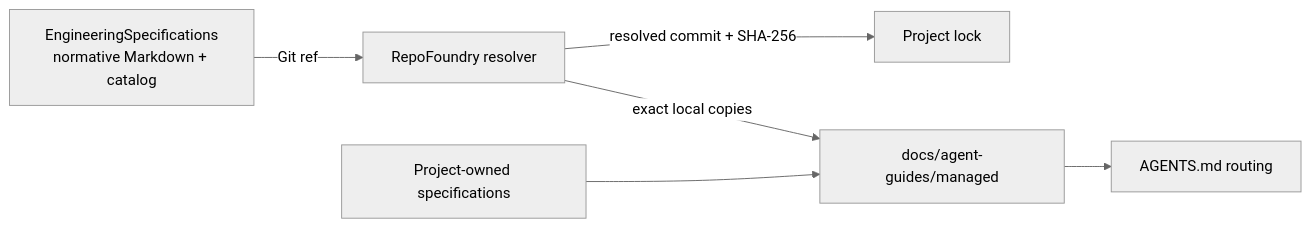
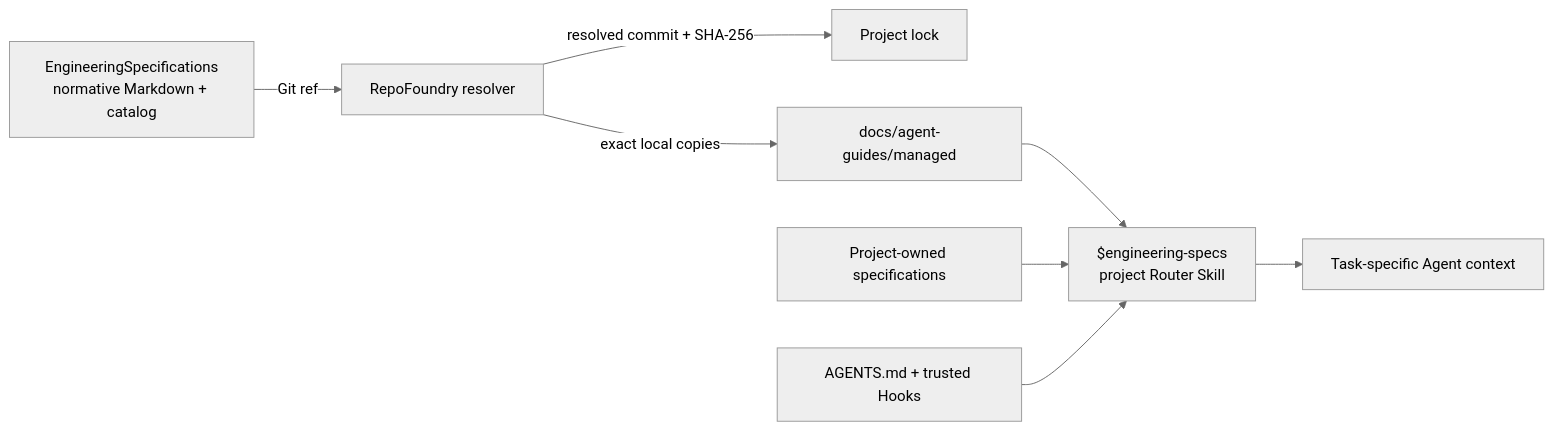
The diagram in README.md (XiaoWeiKIN/EngineeringSpecifications), drawn with Mermaid (neutral theme) before and after one commit. The commit also changed other lines of this file and 5 other files, not shown here.

Commit message:
docs: define task-time specification routing

````diff
--- a/README.md
+++ b/README.md
@@ -13,8 +13,10 @@
 ```mermaid
 flowchart LR
     S["EngineeringSpecifications<br/>normative Markdown + catalog"] -->|"Git ref"| W["RepoFoundry resolver"]
     W -->|"resolved commit + SHA-256"| L["Project lock"]
     W -->|"exact local copies"| M["docs/agent-guides/managed"]
-    P["Project-owned specifications"] --> M
-    M --> A["AGENTS.md routing"]
+    M --> R["$engineering-specs<br/>project Router Skill"]
+    P["Project-owned specifications"] --> R
+    A["AGENTS.md + trusted Hooks"] --> R
+    R --> C["Task-specific Agent context"]
 ```
````
